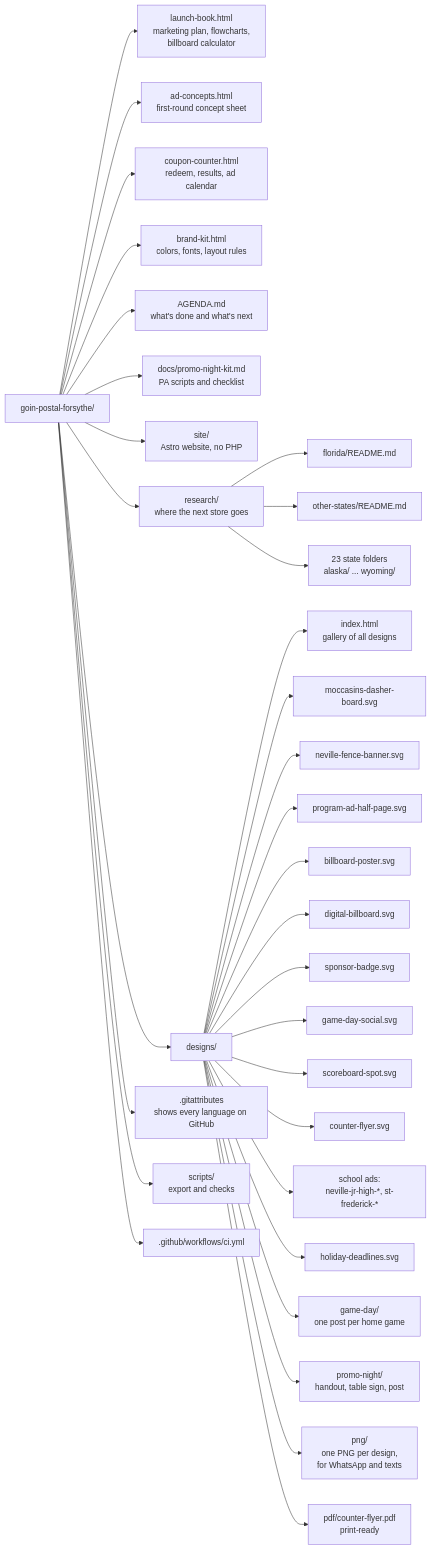
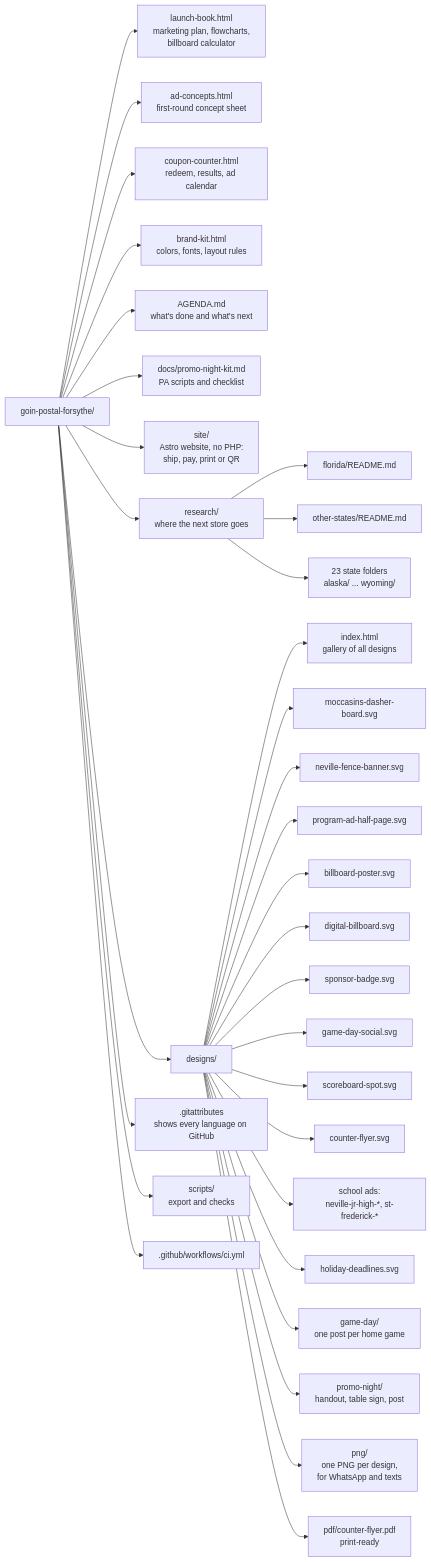
Before and after one commit to wbp318/goin-postal-forsythe: diagram 11 of 25 in README.md, drawn with Mermaid. The commit also changed other lines of this file and 27 other files, not shown here.

First line of the commit message:
Site: ship from the website with Easyship rates, Stripe online, POS in shop

````diff
--- a/README.md
+++ b/README.md
@@ -710,34 +722,34 @@
 ```mermaid
 flowchart LR
   R["goin-postal-forsythe/"] --> A["launch-book.html<br/>marketing plan, flowcharts,<br/>billboard calculator"]
   R --> B["ad-concepts.html<br/>first-round concept sheet"]
   R --> CC["coupon-counter.html<br/>redeem, results, ad calendar"]
   R --> BK["brand-kit.html<br/>colors, fonts, layout rules"]
   R --> AG["AGENDA.md<br/>what's done and what's next"]
   R --> DOC["docs/promo-night-kit.md<br/>PA scripts and checklist"]
-  R --> ST["site/<br/>Astro website, no PHP"]
+  R --> ST["site/<br/>Astro website, no PHP:<br/>ship, pay, print or QR"]
   R --> RS["research/<br/>where the next store goes"]
   RS --> RS1["florida/README.md"]
   RS --> RS2["other-states/README.md"]
   RS --> RS3["23 state folders<br/>alaska/ ... wyoming/"]
   R --> D["designs/"]
   R --> G[".gitattributes<br/>shows every language on GitHub"]
   D --> D0["index.html<br/>gallery of all designs"]
   D --> D1["moccasins-dasher-board.svg"]
   D --> D2["neville-fence-banner.svg"]
   D --> D3["program-ad-half-page.svg"]
   D --> D4["billboard-poster.svg"]
   D --> D5["digital-billboard.svg"]
   D --> D6["sponsor-badge.svg"]
   D --> D7["game-day-social.svg"]
   D --> D8["scoreboard-spot.svg"]
   D --> D9["counter-flyer.svg"]
   D --> D10["school ads:<br/>neville-jr-high-*, st-frederick-*"]
   D --> D11["holiday-deadlines.svg"]
   D --> GD["game-day/<br/>one post per home game"]
   D --> PN["promo-night/<br/>handout, table sign, post"]
   D --> P["png/<br/>one PNG per design,<br/>for WhatsApp and texts"]
   D --> F["pdf/counter-flyer.pdf<br/>print-ready"]
   R --> S["scripts/<br/>export and checks"]
   R --> W[".github/workflows/ci.yml"]
 ```
````
